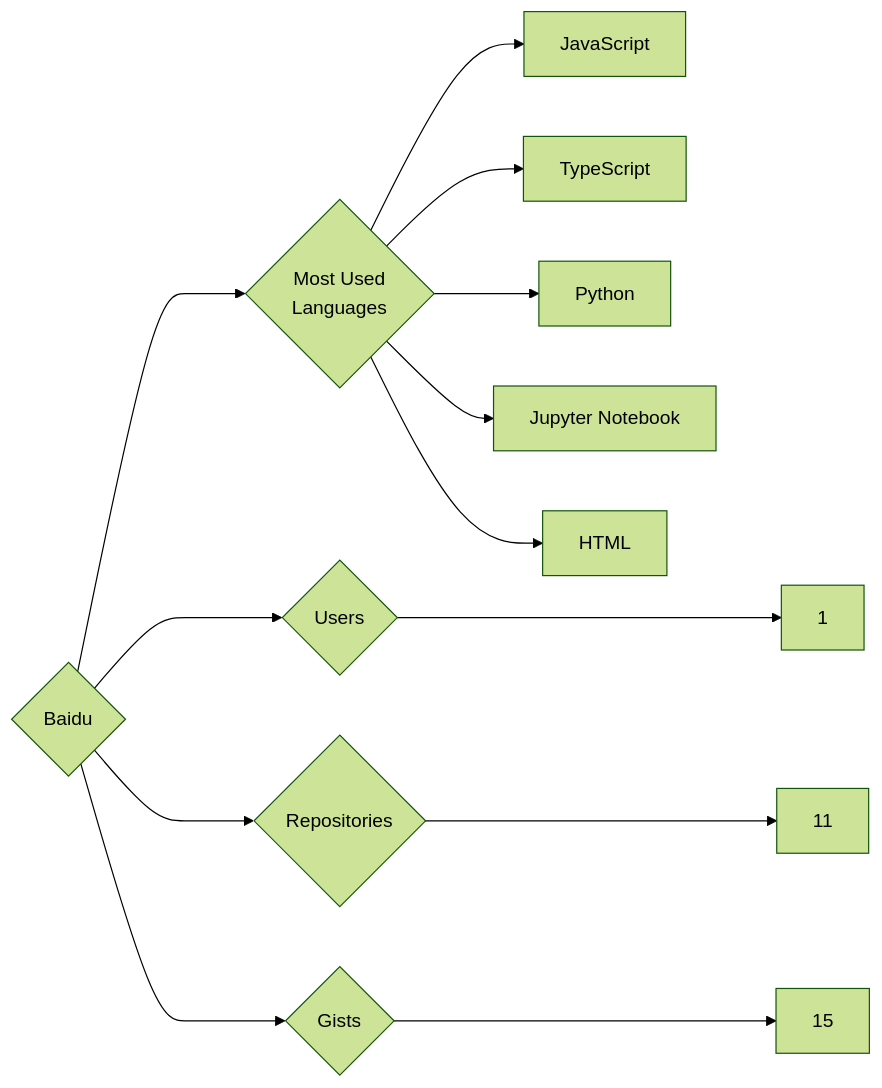
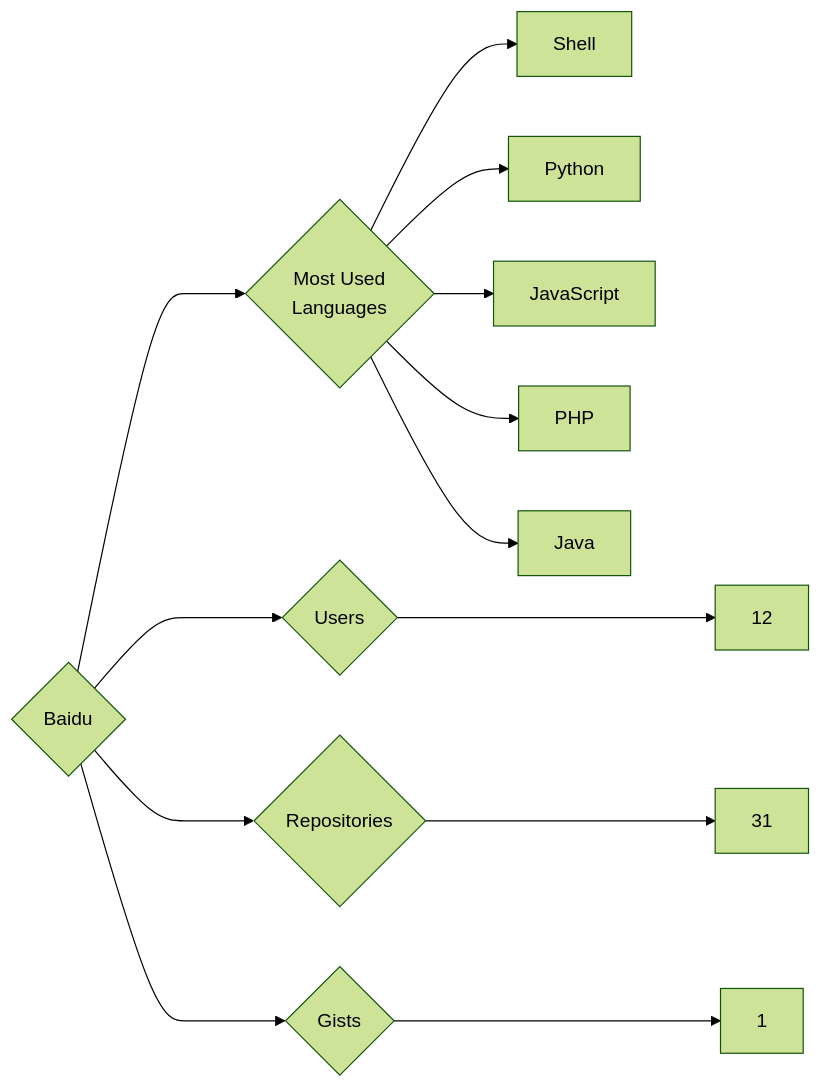
Before and after one commit to trickest/insiders: the diagram in targets/Baidu/README.md, drawn with Mermaid (forest theme). The commit also changed 1149 other files, not shown here.

````diff
--- a/targets/Baidu/README.md
+++ b/targets/Baidu/README.md
@@ -3,13 +3,13 @@
 ```mermaid
 graph LR
 COMPANY_NAME{Baidu}
-COMPANY_NAME ---> U{Users} ---> UN[1]
-COMPANY_NAME ---> R{Repositories} ---> RN[11]
-COMPANY_NAME ---> G{Gists} ---> GN[15]
+COMPANY_NAME ---> U{Users} ---> UN[12]
+COMPANY_NAME ---> R{Repositories} ---> RN[31]
+COMPANY_NAME ---> G{Gists} ---> GN[1]
 COMPANY_NAME ---> ML{Most Used<br>Languages}
+ML --> Shell[Shell]
+ML --> Python[Python]
 ML --> JavaScript[JavaScript]
-ML --> TypeScript[TypeScript]
-ML --> Python[Python]
-ML --> Jupyter_Notebook[Jupyter Notebook]
-ML --> HTML[HTML]
+ML --> PHP[PHP]
+ML --> Java[Java]
 ```
````
